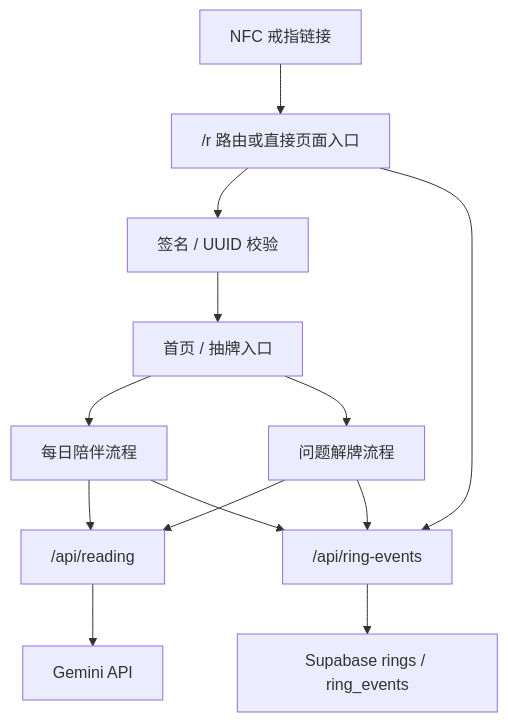
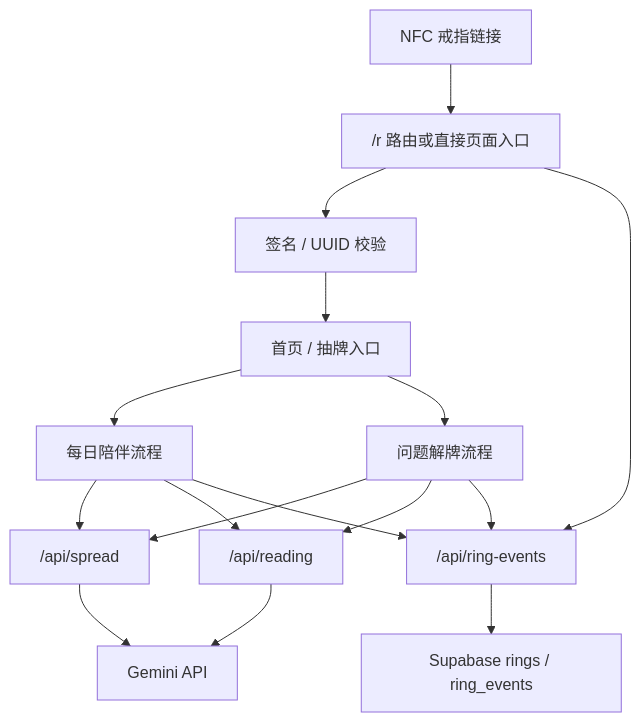
One commit to wendabenshi/echo_care_web changed the diagram in .ai/architecture/arch-overview.md. Above: the diagram before and after it, drawn with Mermaid. The commit also changed other lines of this file and 48 other files, not shown here.

First line of the commit message:
feat: unify reading source and polish tarot reading flows

````diff
--- a/.ai/architecture/arch-overview.md
+++ b/.ai/architecture/arch-overview.md
@@ -36,15 +36,18 @@
 ```mermaid
 graph TD
     Ring["NFC 戒指链接"] --> Entry["/r 路由或直接页面入口"]
     Entry --> Verify["签名 / UUID 校验"]
     Verify --> Home["首页 / 抽牌入口"]
     Home --> Daily["每日陪伴流程"]
     Home --> Question["问题解牌流程"]
+    Daily --> SpreadAPI["/api/spread"]
+    Question --> SpreadAPI
     Daily --> ReadingAPI["/api/reading"]
     Question --> ReadingAPI
+    SpreadAPI --> Gemini["Gemini API"]
     ReadingAPI --> Gemini["Gemini API"]
     Entry --> Events["/api/ring-events"]
     Daily --> Events
     Question --> Events
     Events --> Supabase["Supabase rings / ring_events"]
 ```
````
